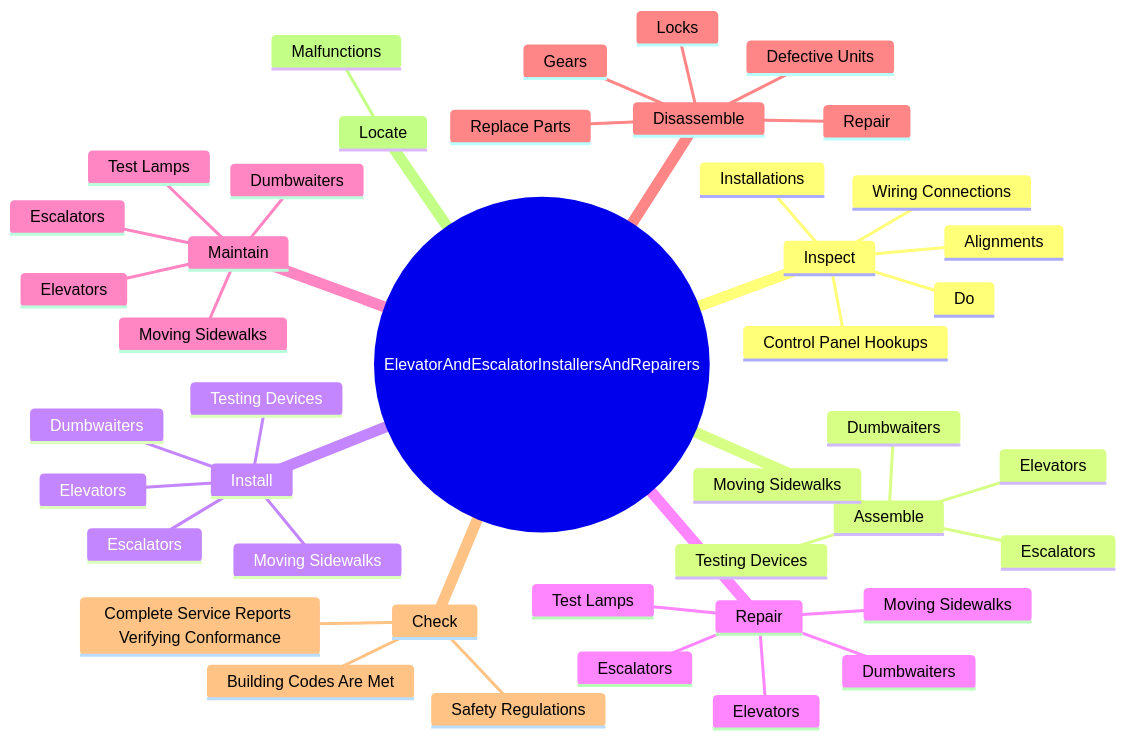
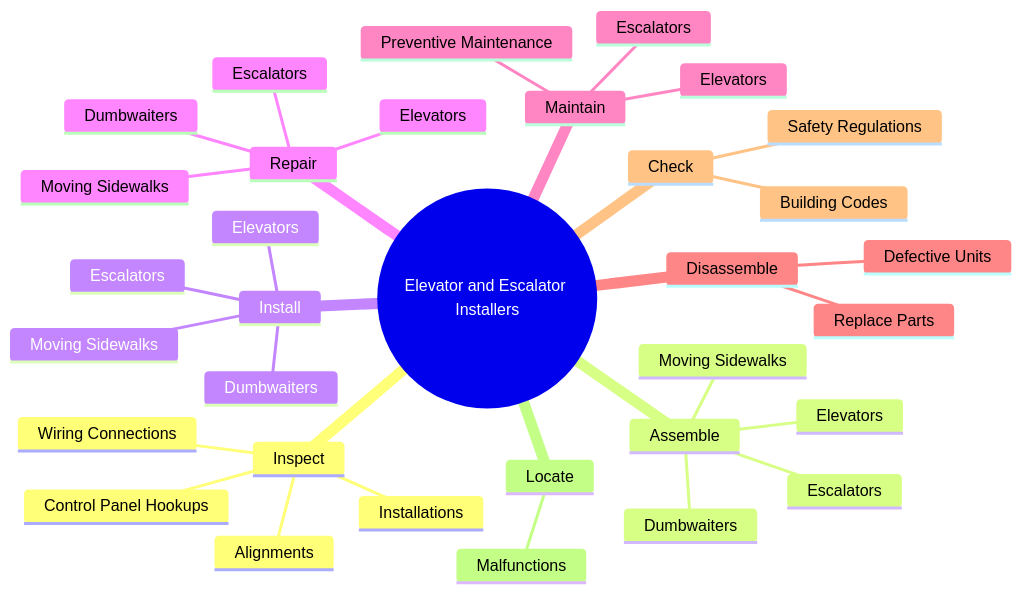
One commit to kziemski/business.org.ai changed the second of 4 diagrams in occupations/Construction/ElevatorAndEscalatorInstallersAndRepairers.mdx. Above: the diagram before and after it, drawn with Mermaid. The commit also changed other lines of this file and 938 other files, not shown here.

````diff
--- a/occupations/Construction/ElevatorAndEscalatorInstallersAndRepairers.mdx
+++ b/occupations/Construction/ElevatorAndEscalatorInstallersAndRepairers.mdx
@@ -37,46 +47,36 @@
 ```mermaid
 mindmap
-    root(("ElevatorAndEscalatorInstallersAndRepairers"))
+    root(("Elevator and Escalator Installers"))
         Inspect
             Wiring Connections
             Control Panel Hookups
-            Do
             Installations
             Alignments
         Assemble
             Elevators
             Escalators
             Moving Sidewalks
             Dumbwaiters
-            Testing Devices
         Install
             Elevators
             Escalators
             Moving Sidewalks
             Dumbwaiters
-            Testing Devices
         Repair
             Elevators
             Escalators
             Moving Sidewalks
             Dumbwaiters
-            Test Lamps
         Maintain
             Elevators
             Escalators
-            Moving Sidewalks
-            Dumbwaiters
-            Test Lamps
+            Preventive Maintenance
         Disassemble
             Defective Units
-            Repair
             Replace Parts
-            Locks
-            Gears
         Check
             Safety Regulations
-            Building Codes Are Met
-            Complete Service Reports Verifying Conformance
+            Building Codes
         Locate
             Malfunctions
 ```
````
